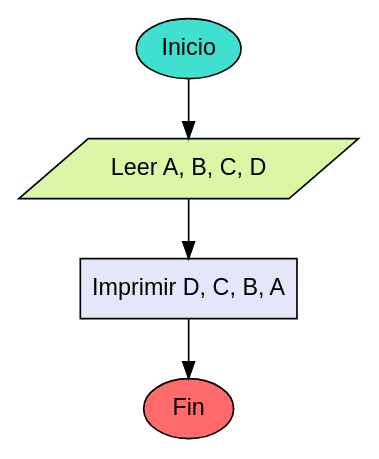
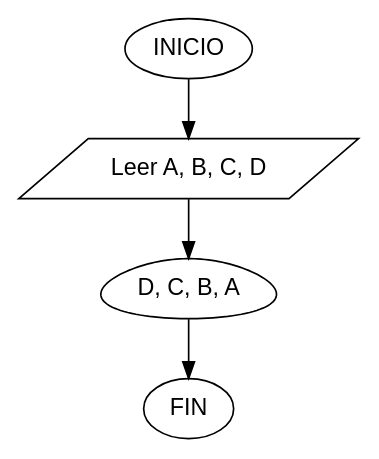
The diagram in Ejercicios/Ejemplo_1_6-230110012/Ejemplo_1_6/Diagrama/Ejemplo_1_6.dot (23Leilany166/java-tutor-tics), drawn with Graphviz before and after one commit. The commit also changed 271 other files, not shown here.

```diff
--- a/Ejercicios/Ejemplo_1_6-230110012/Ejemplo_1_6/Diagrama/Ejemplo_1_6.dot
+++ b/Ejercicios/Ejemplo_1_6-230110012/Ejemplo_1_6/Diagrama/Ejemplo_1_6.dot
@@ -1,38 +1,16 @@
+/* EJEMPLO 1.6 - Invertir orden de 4 números */
 digraph Ejemplo_1_6 {
-    // --- Configuración de Estilos ---
-    node [fontname="Arial", style="filled"];
-    edge [fontname="Arial"];
-
-    // --- Nodos del Diagrama ---
+    bgcolor=none
+    rankdir=TB
+    node [shape=box, style="filled", fillcolor="white", color="black", fontname="Arial"]
+    edge [color="black", fontname="Arial"]
     
-    Inicio [
-        shape=ellipse, 
-        label="Inicio", 
-        fillcolor="#40e0d0" // Color verde
-    ];
+    start [shape=ellipse, label="INICIO"]
+    input1 [shape=parallelogram, label="Leer A, B, C, D"]
+    output [shape=egg, label="D, C, B, A"]
+    end [shape=ellipse, label="FIN"]
     
-    Leer_Datos [
-        shape=parallelogram, 
-        label="Leer A, B, C, D", 
-        fillcolor="#DAF7A6" // Color amarillo-verde
-    ];
-    
-    Imprimir_Datos [
-        // La forma de "documento" se usa a menudo para la salida
-        shape=document, 
-        label="Imprimir D, C, B, A", 
-        fillcolor="#E6E6FA" // Color lavanda
-    ];
-    
-    Fin [
-        shape=ellipse, 
-        label="Fin", 
-        fillcolor="#FF6B6B" // Color rojo
-    ];
-
-    // --- Definición del Flujo (Secuencial) ---
-    
-    Inicio -> Leer_Datos;
-    Leer_Datos -> Imprimir_Datos;
-    Imprimir_Datos -> Fin;
+    start -> input1
+    input1 -> output
+    output -> end
 }
```
